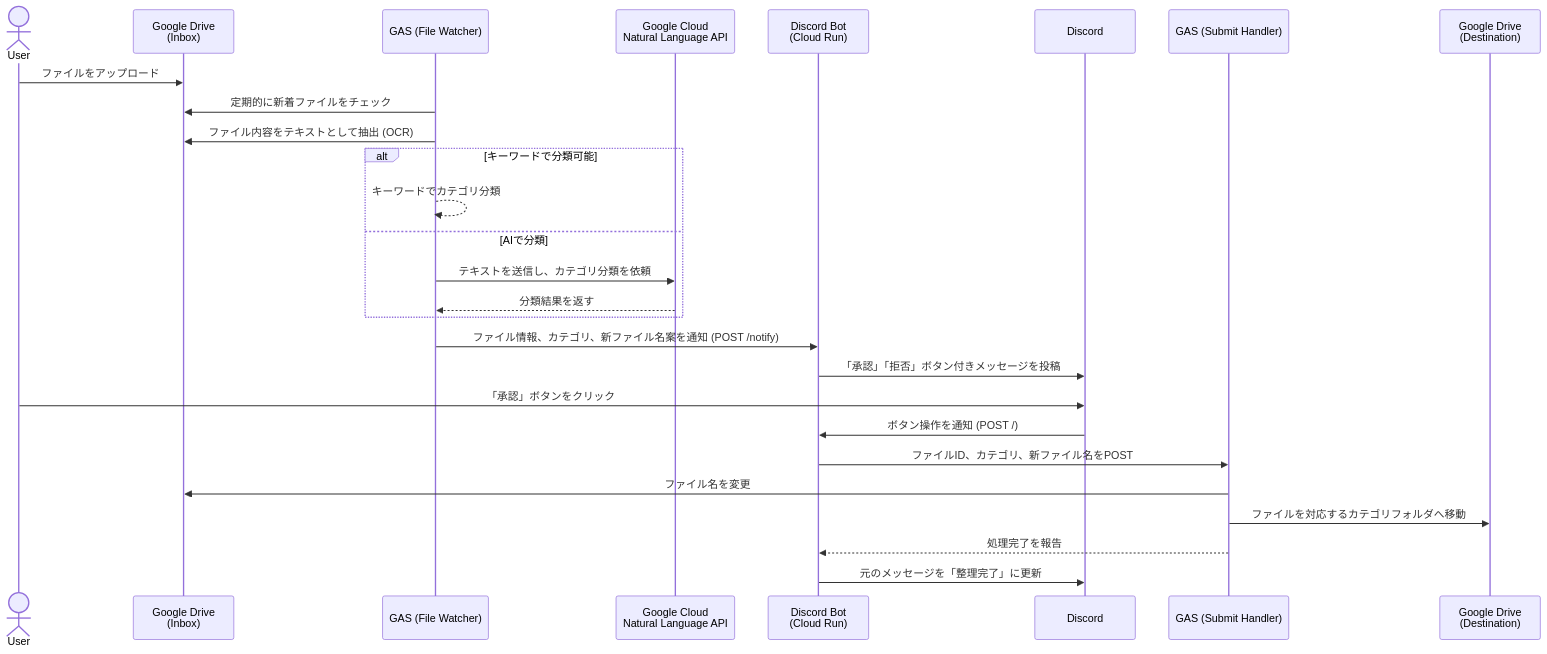
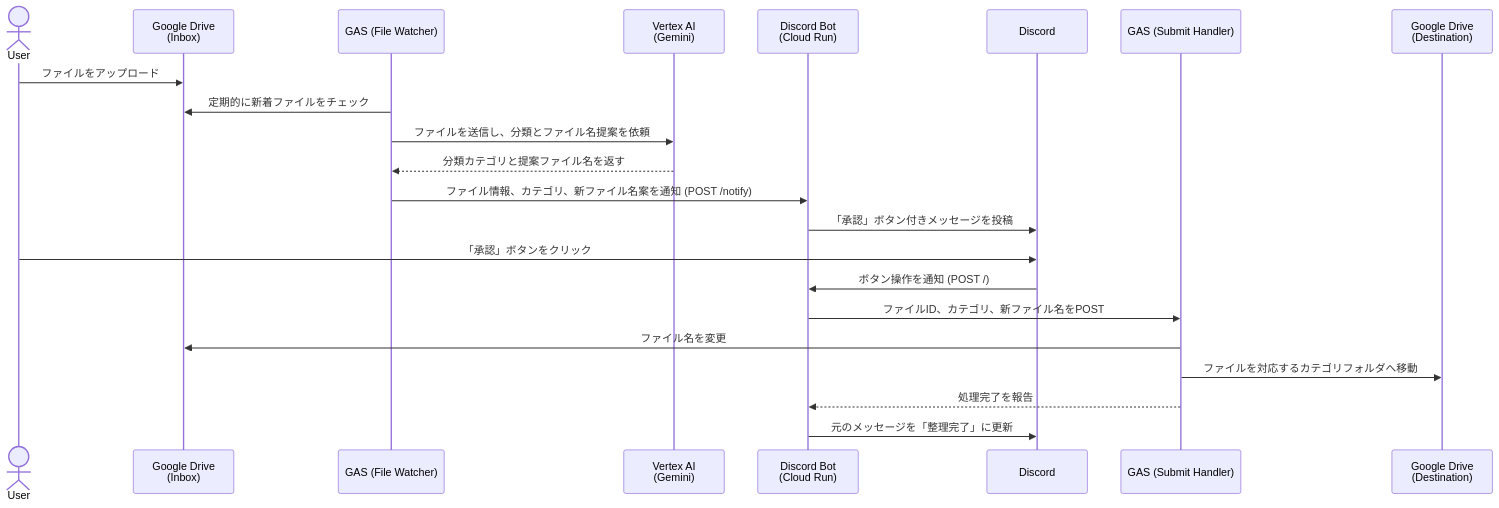
The diagram in readme.md (suzki/driveSentinel), drawn with Mermaid before and after one commit. The commit also changed other lines of this file and 2 other files, not shown here.

Commit message:
Update README and code to reflect the use of Vertex AI Gemini 2.5 Flash model for improved file classification

````diff
--- a/readme.md
+++ b/readme.md
@@ -9,30 +9,25 @@
 ```mermaid
 sequenceDiagram
     actor User
     participant GDrive as Google Drive<br>(Inbox)
     participant GAS_Watcher as GAS (File Watcher)
-    participant NLP as Google Cloud<br>Natural Language API
+    participant VertexAI as Vertex AI<br>(Gemini)
     participant Bot as Discord Bot<br>(Cloud Run)
     participant Discord
     participant GAS_Handler as GAS (Submit Handler)
     participant GDrive_Dest as Google Drive<br>(Destination)
 
     User->>GDrive: ファイルをアップロード
     GAS_Watcher->>GDrive: 定期的に新着ファイルをチェック
-    GAS_Watcher->>GDrive: ファイル内容をテキストとして抽出 (OCR)
-    alt キーワードで分類可能
-        GAS_Watcher-->>GAS_Watcher: キーワードでカテゴリ分類
-    else AIで分類
-        GAS_Watcher->>NLP: テキストを送信し、カテゴリ分類を依頼
-        NLP-->>GAS_Watcher: 分類結果を返す
-    end
+    GAS_Watcher->>VertexAI: ファイルを送信し、分類とファイル名提案を依頼
+    VertexAI-->>GAS_Watcher: 分類カテゴリと提案ファイル名を返す
     GAS_Watcher->>Bot: ファイル情報、カテゴリ、新ファイル名案を通知 (POST /notify)
-    Bot->>Discord: 「承認」「拒否」ボタン付きメッセージを投稿
+    Bot->>Discord: 「承認」ボタン付きメッセージを投稿
     User->>Discord: 「承認」ボタンをクリック
     Discord->>Bot: ボタン操作を通知 (POST /)
     Bot->>GAS_Handler: ファイルID、カテゴリ、新ファイル名をPOST
     GAS_Handler->>GDrive: ファイル名を変更
     GAS_Handler->>GDrive_Dest: ファイルを対応するカテゴリフォルダへ移動
     GAS_Handler-->>Bot: 処理完了を報告
     Bot->>Discord: 元のメッセージを「整理完了」に更新
 ```
````
